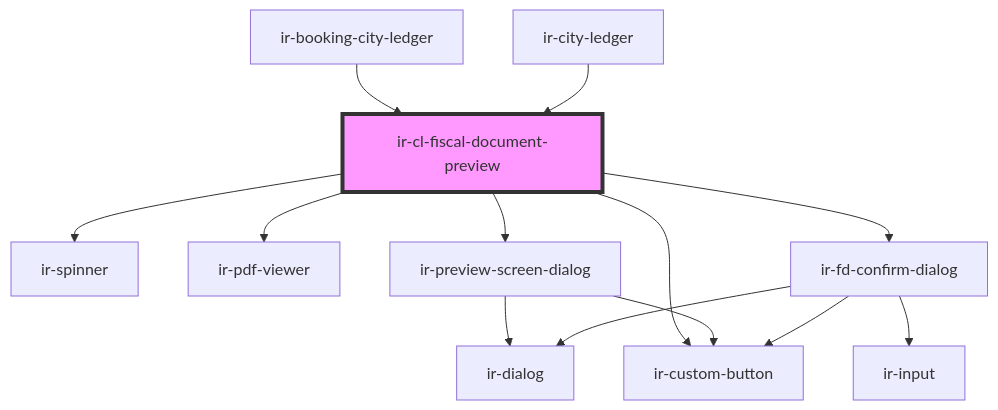
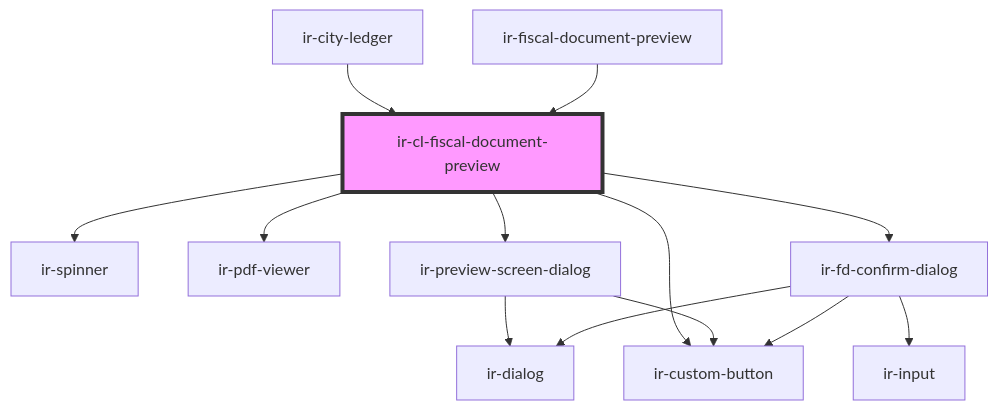
Before and after one commit to RonyRizk/ir-webcmp: the diagram in src/components/ir-city-ledger/ir-city-ledger-fiscal-documents/ir-cl-fiscal-document-preview/readme.md, drawn with Mermaid. The commit also changed other lines of this file and 115 other files, not shown here.

````diff
--- a/src/components/ir-city-ledger/ir-city-ledger-fiscal-documents/ir-cl-fiscal-document-preview/readme.md
+++ b/src/components/ir-city-ledger/ir-city-ledger-fiscal-documents/ir-cl-fiscal-document-preview/readme.md
@@ -39,16 +39,16 @@
 ```mermaid
 graph TD;
   ir-cl-fiscal-document-preview --> ir-spinner
   ir-cl-fiscal-document-preview --> ir-pdf-viewer
   ir-cl-fiscal-document-preview --> ir-preview-screen-dialog
   ir-cl-fiscal-document-preview --> ir-custom-button
   ir-cl-fiscal-document-preview --> ir-fd-confirm-dialog
   ir-preview-screen-dialog --> ir-dialog
   ir-preview-screen-dialog --> ir-custom-button
   ir-fd-confirm-dialog --> ir-dialog
   ir-fd-confirm-dialog --> ir-input
   ir-fd-confirm-dialog --> ir-custom-button
-  ir-booking-city-ledger --> ir-cl-fiscal-document-preview
   ir-city-ledger --> ir-cl-fiscal-document-preview
+  ir-fiscal-document-preview --> ir-cl-fiscal-document-preview
   style ir-cl-fiscal-document-preview fill:#f9f,stroke:#333,stroke-width:4px
 ```
````
